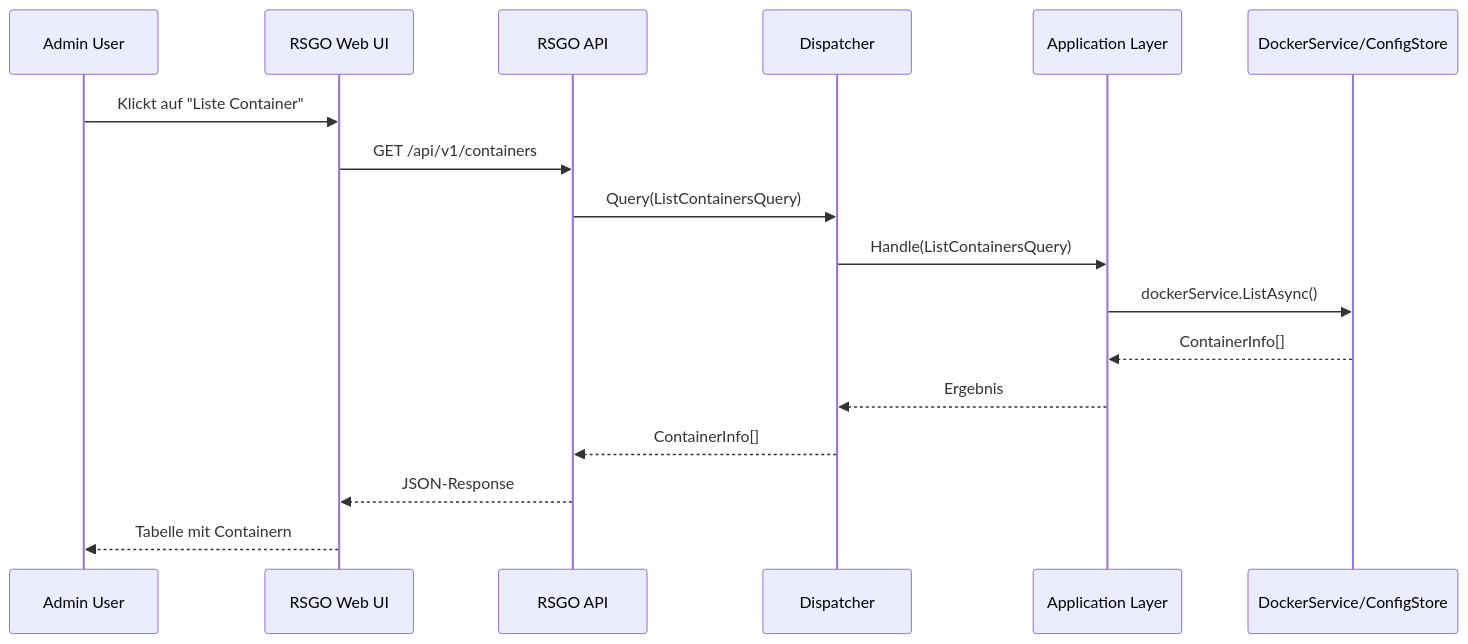
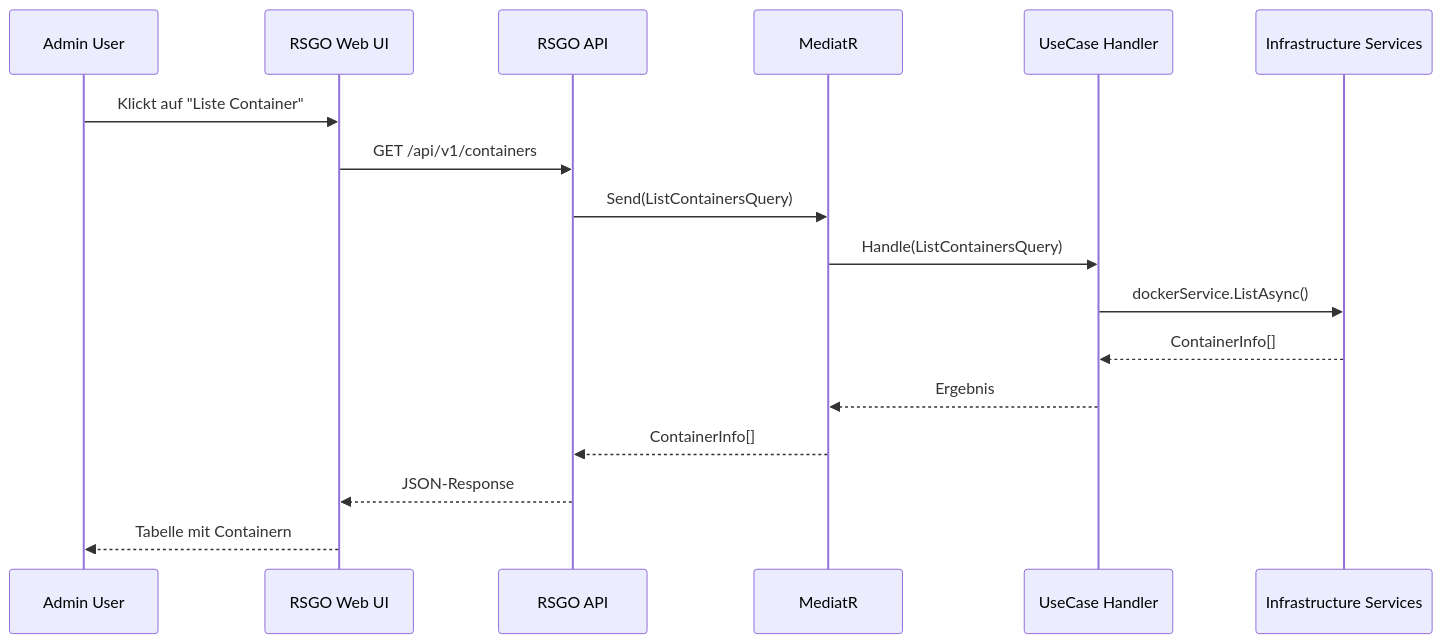
One commit to Wiesenwischer/ReadyStackGo changed the second of 6 diagrams in docs/Architecture/Overview.md. Above: the diagram before and after it, drawn with Mermaid. The commit also changed other lines of this file and 3 other files, not shown here.

Commit message:
Update documentation for v0.6 DDD architecture

````diff
--- a/docs/Architecture/Overview.md
+++ b/docs/Architecture/Overview.md
@@ -133,20 +146,20 @@
 ```mermaid
 sequenceDiagram
     participant User as Admin User
     participant UI as RSGO Web UI
     participant API as RSGO API
-    participant DISP as Dispatcher
-    participant APP as Application Layer
-    participant INF as DockerService/ConfigStore
+    participant MED as MediatR
+    participant APP as UseCase Handler
+    participant INF as Infrastructure Services
 
     User->>UI: Klickt auf "Liste Container"
     UI->>API: GET /api/v1/containers
-    API->>DISP: Query(ListContainersQuery)
-    DISP->>APP: Handle(ListContainersQuery)
+    API->>MED: Send(ListContainersQuery)
+    MED->>APP: Handle(ListContainersQuery)
     APP->>INF: dockerService.ListAsync()
     INF-->>APP: ContainerInfo[]
-    APP-->>DISP: Ergebnis
-    DISP-->>API: ContainerInfo[]
+    APP-->>MED: Ergebnis
+    MED-->>API: ContainerInfo[]
     API-->>UI: JSON-Response
     UI-->>User: Tabelle mit Containern
 ```
````
